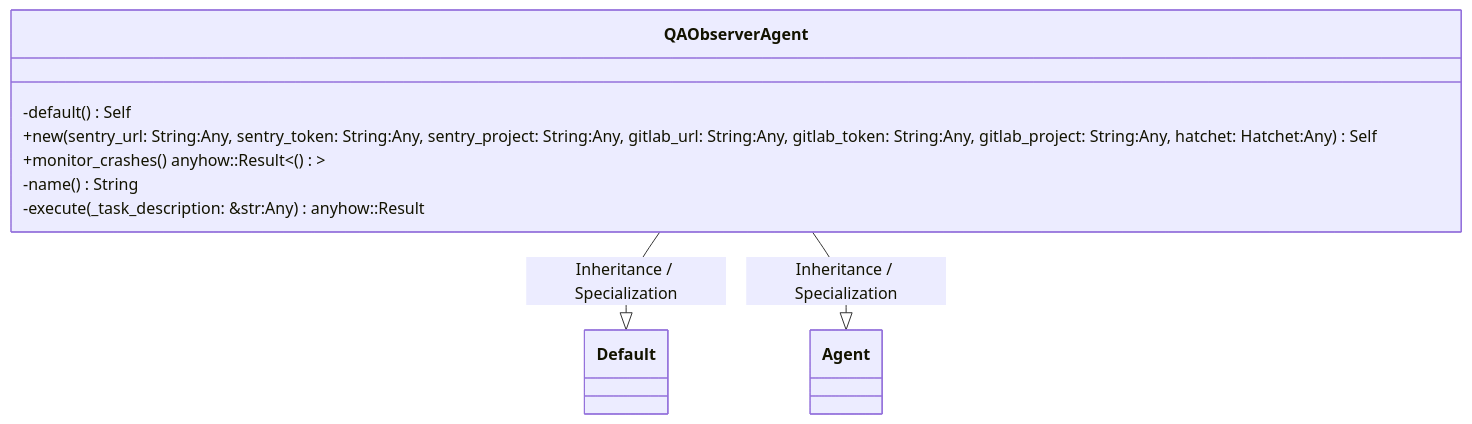
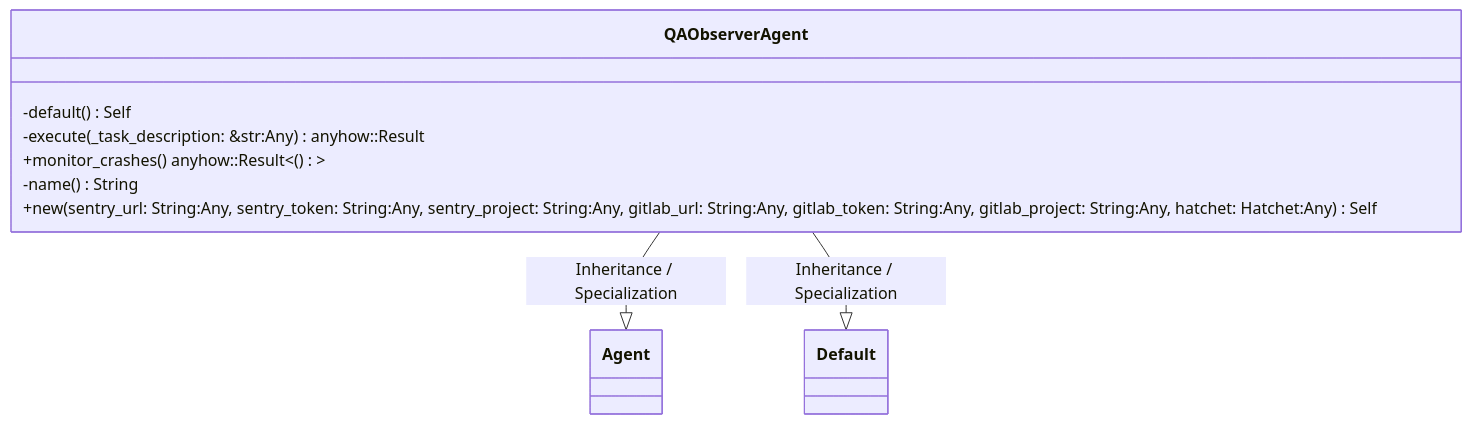
The first of 2 diagrams in openwiki/crates_factory-application_src_agents_qa_observer_rs.md (lgcorzo/rust_CACD_autonomous_factory), drawn with Mermaid before and after one commit. The commit also changed other lines of this file and 76 other files, not shown here.

````diff
--- a/openwiki/crates_factory-application_src_agents_qa_observer_rs.md
+++ b/openwiki/crates_factory-application_src_agents_qa_observer_rs.md
@@ -112,14 +112,14 @@
 ```mermaid
 classDiagram
     direction BT
     class QAObserverAgent {
         -default() Self
-        +new(sentry_url: String:Any, sentry_token: String:Any, sentry_project: String:Any, gitlab_url: String:Any, gitlab_token: String:Any, gitlab_project: String:Any, hatchet: Hatchet:Any) Self
+        -execute(_task_description: &str:Any) anyhow::Result<Value>
         +monitor_crashes() anyhow::Result<()>
         -name() String
-        -execute(_task_description: &str:Any) anyhow::Result<Value>
+        +new(sentry_url: String:Any, sentry_token: String:Any, sentry_project: String:Any, gitlab_url: String:Any, gitlab_token: String:Any, gitlab_project: String:Any, hatchet: Hatchet:Any) Self
     }
+    Agent <|-- QAObserverAgent : Inheritance / Specialization
     Default <|-- QAObserverAgent : Inheritance / Specialization
-    Agent <|-- QAObserverAgent : Inheritance / Specialization
 
 ```
````
